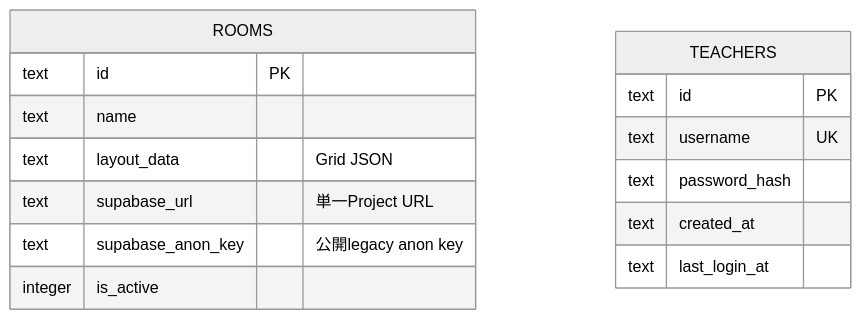
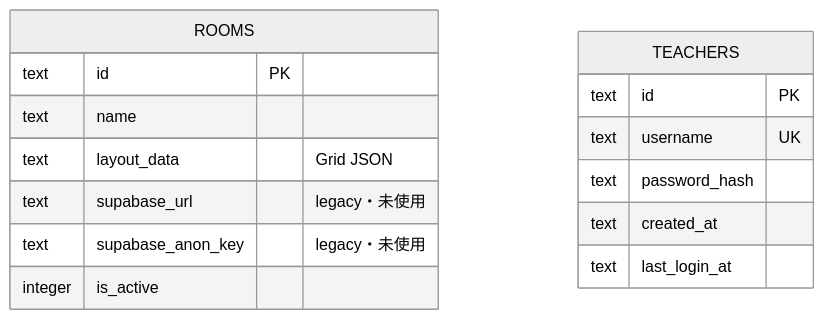
The diagram in er_diagram.md (matsutanishimpei/sheets-and-check), drawn with Mermaid (neutral theme) before and after one commit. The commit also changed other lines of this file and 31 other files, not shown here.

````diff
--- a/er_diagram.md
+++ b/er_diagram.md
@@ -5,18 +5,18 @@
 ```mermaid
 erDiagram
     ROOMS {
         text id PK
         text name
         text layout_data "Grid JSON"
-        text supabase_url "単一Project URL"
-        text supabase_anon_key "公開legacy anon key"
+        text supabase_url "legacy・未使用"
+        text supabase_anon_key "legacy・未使用"
         integer is_active
     }
     TEACHERS {
         text id PK
         text username UK
         text password_hash
         text created_at
         text last_login_at
     }
 ```
````
